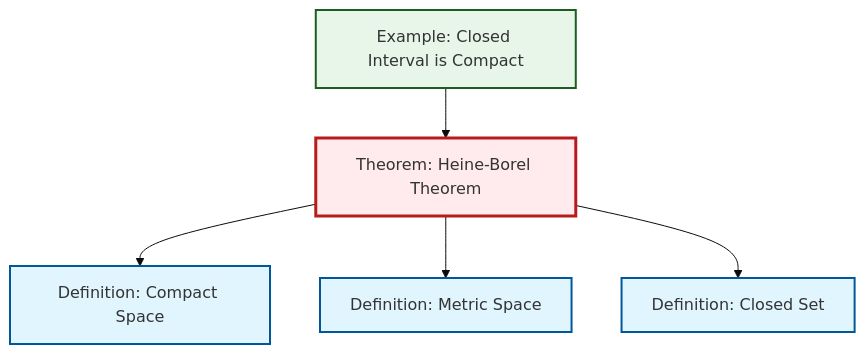
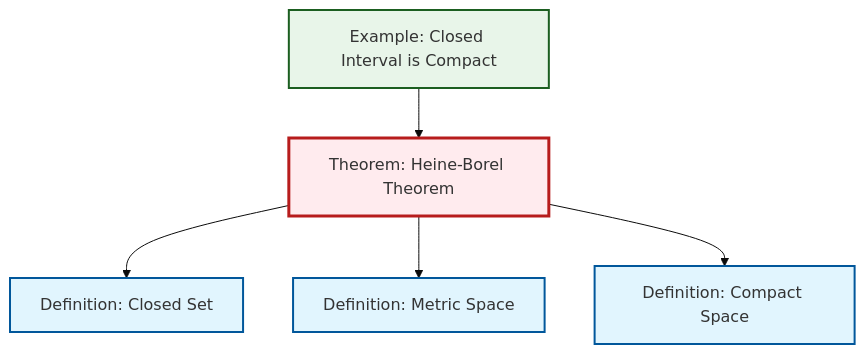
Before and after one commit to RK0429/ModernMath: the diagram in content/en/topology/thm-heine-borel.qmd, drawn with Mermaid (base theme). The commit also changed other lines of this file and 530 other files, not shown here.

````diff
--- a/content/en/topology/thm-heine-borel.qmd
+++ b/content/en/topology/thm-heine-borel.qmd
@@ -46,23 +46,23 @@
 ```{mermaid}
 %%| fig-cap: "Local dependency graph"
 graph TD
     classDef definition fill:#e1f5fe,stroke:#01579b,stroke-width:2px
     classDef theorem fill:#f3e5f5,stroke:#4a148c,stroke-width:2px
     classDef axiom fill:#fff3e0,stroke:#e65100,stroke-width:2px
     classDef example fill:#e8f5e9,stroke:#1b5e20,stroke-width:2px
     classDef current fill:#ffebee,stroke:#b71c1c,stroke-width:3px
+    ex-closed-interval-compact["Example: Closed Interval is Compact"]:::example
+    def-compact["Definition: Compact Space"]:::definition
+    def-metric-space["Definition: Metric Space"]:::definition
+    def-closed-set["Definition: Closed Set"]:::definition
     thm-heine-borel["Theorem: Heine-Borel Theorem"]:::theorem
-    def-metric-space["Definition: Metric Space"]:::definition
-    def-compact["Definition: Compact Space"]:::definition
-    def-closed-set["Definition: Closed Set"]:::definition
-    ex-closed-interval-compact["Example: Closed Interval is Compact"]:::example
+    thm-heine-borel --> def-closed-set
+    thm-heine-borel --> def-metric-space
+    thm-heine-borel --> def-compact
     ex-closed-interval-compact --> thm-heine-borel
-    thm-heine-borel --> def-compact
-    thm-heine-borel --> def-metric-space
-    thm-heine-borel --> def-closed-set
     class thm-heine-borel current
+    click ex-closed-interval-compact "ex-closed-interval-compact.html" "Go to Closed Interval is Compact example"
+    click def-compact "def-compact.html" "Go to Compact Space definition"
     click def-metric-space "def-metric-space.html" "Go to Metric Space definition"
-    click def-compact "def-compact.html" "Go to Compact Space definition"
     click def-closed-set "def-closed-set.html" "Go to Closed Set definition"
-    click ex-closed-interval-compact "ex-closed-interval-compact.html" "Go to Closed Interval is Compact example"
 ```
````
